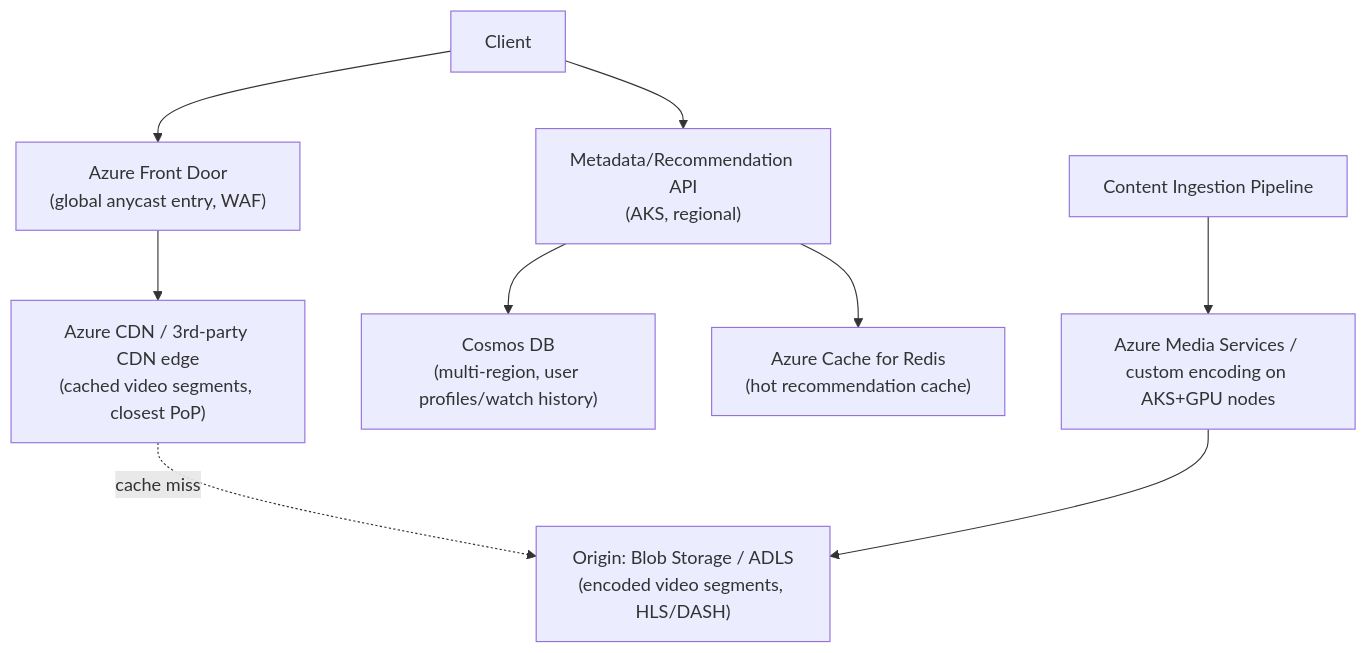
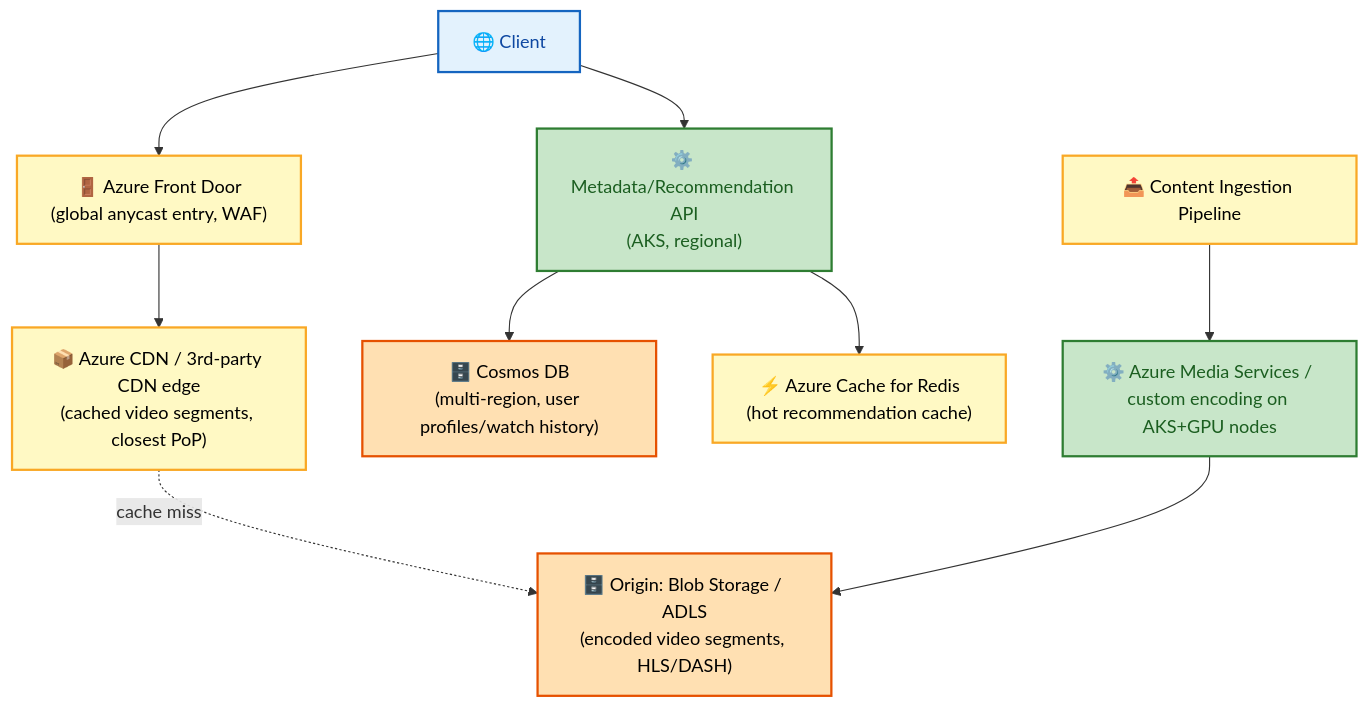
The third of 5 diagrams in azure/11-SYSTEM-DESIGN.md (rakesh-budde/devops-guide), drawn with Mermaid before and after one commit. The commit also changed other lines of this file and 73 other files, not shown here.

````diff
--- a/azure/11-SYSTEM-DESIGN.md
+++ b/azure/11-SYSTEM-DESIGN.md
@@ -20,11 +90,22 @@
 ```mermaid
 graph TB
-    Client --> AFD["Azure Front Door<br/>(global anycast entry, WAF)"]
-    AFD --> CDN["Azure CDN / 3rd-party CDN edge<br/>(cached video segments, closest PoP)"]
-    CDN -.->|cache miss| Origin["Origin: Blob Storage / ADLS<br/>(encoded video segments, HLS/DASH)"]
-    Client --> API["Metadata/Recommendation API<br/>(AKS, regional)"]
-    API --> Cosmos["Cosmos DB<br/>(multi-region, user profiles/watch history)"]
-    API --> Redis["Azure Cache for Redis<br/>(hot recommendation cache)"]
-    Upload["Content Ingestion Pipeline"] --> Encoding["Azure Media Services / custom encoding on AKS+GPU nodes"]
+    Client["🌐 Client"] --> AFD["🚪 Azure Front Door<br/>(global anycast entry, WAF)"]
+    AFD --> CDN["📦 Azure CDN / 3rd-party CDN edge<br/>(cached video segments, closest PoP)"]
+    CDN -.->|cache miss| Origin["🗄️ Origin: Blob Storage / ADLS<br/>(encoded video segments, HLS/DASH)"]
+    Client --> API["⚙️ Metadata/Recommendation API<br/>(AKS, regional)"]
+    API --> Cosmos["🗄️ Cosmos DB<br/>(multi-region, user profiles/watch history)"]
+    API --> Redis["⚡ Azure Cache for Redis<br/>(hot recommendation cache)"]
+    Upload["📤 Content Ingestion Pipeline"] --> Encoding["⚙️ Azure Media Services / custom encoding on AKS+GPU nodes"]
     Encoding --> Origin
+    classDef start fill:#e3f2fd,stroke:#1565c0,color:#0d47a1,stroke-width:2px;
+    classDef proc fill:#fff9c4,stroke:#f9a825,color:#000,stroke-width:2px;
+    classDef good fill:#c8e6c9,stroke:#2e7d32,color:#1b5e20,stroke-width:2px;
+    classDef bad fill:#ffcdd2,stroke:#c62828,color:#b71c1c,stroke-width:2px;
+    classDef ctrl fill:#e1bee7,stroke:#6a1b9a,color:#4a148c,stroke-width:2px;
+    classDef store fill:#ffe0b2,stroke:#e65100,color:#000,stroke-width:2px;
+    class Client start;
+    class AFD,CDN,Upload proc;
+    class API,Encoding good;
+    class Redis proc;
+    class Cosmos,Origin store;
 ```
````
